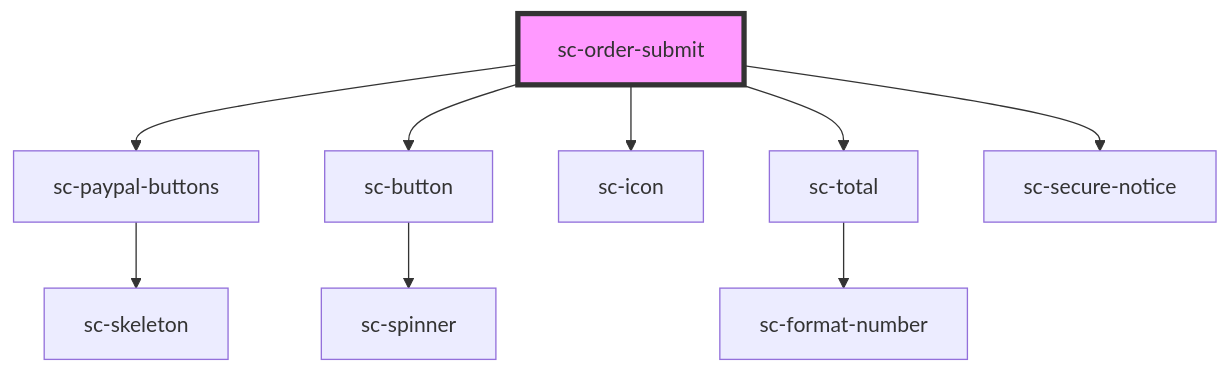
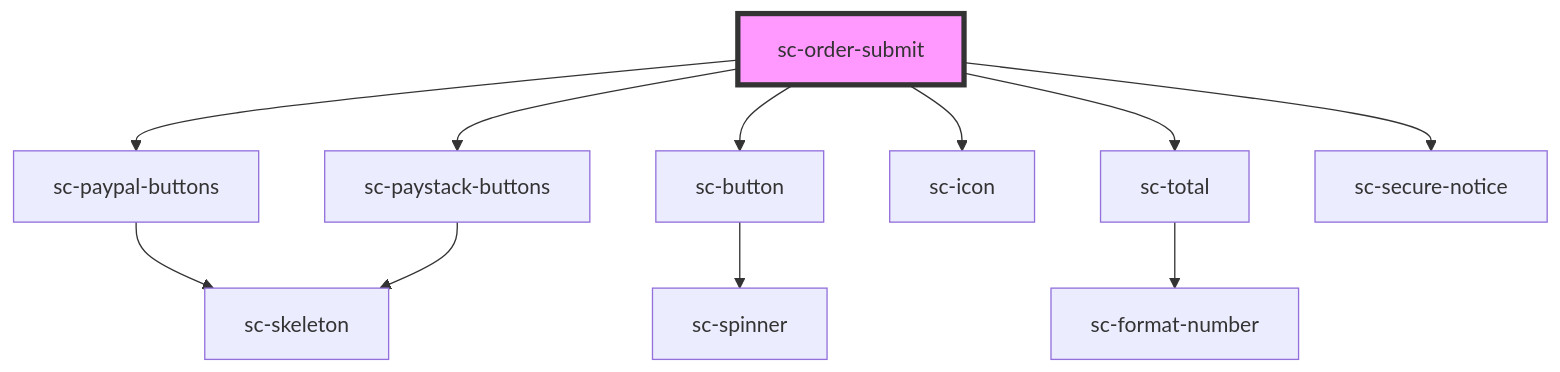
Before and after one commit to surecart/surecart-wp-plugin: the diagram in packages/components/src/components/controllers/checkout-form/order-submit/readme.md, drawn with Mermaid. The commit also changed other lines of this file and 7 other files, not shown here.

````diff
--- a/packages/components/src/components/controllers/checkout-form/order-submit/readme.md
+++ b/packages/components/src/components/controllers/checkout-form/order-submit/readme.md
@@ -40,12 +41,14 @@
 ```mermaid
 graph TD;
   sc-order-submit --> sc-paypal-buttons
+  sc-order-submit --> sc-paystack-buttons
   sc-order-submit --> sc-button
   sc-order-submit --> sc-icon
   sc-order-submit --> sc-total
   sc-order-submit --> sc-secure-notice
   sc-paypal-buttons --> sc-skeleton
+  sc-paystack-buttons --> sc-skeleton
   sc-button --> sc-spinner
   sc-total --> sc-format-number
   style sc-order-submit fill:#f9f,stroke:#333,stroke-width:4px
 ```
````
